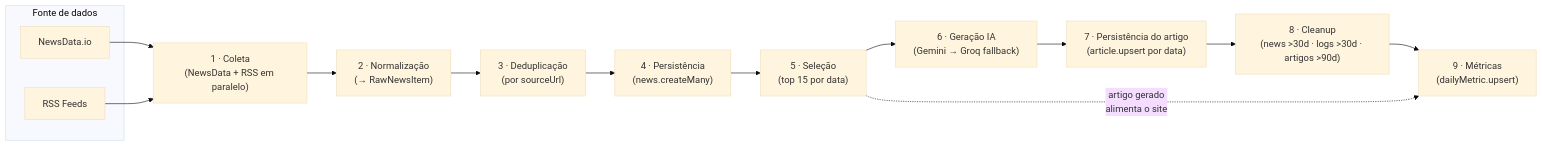
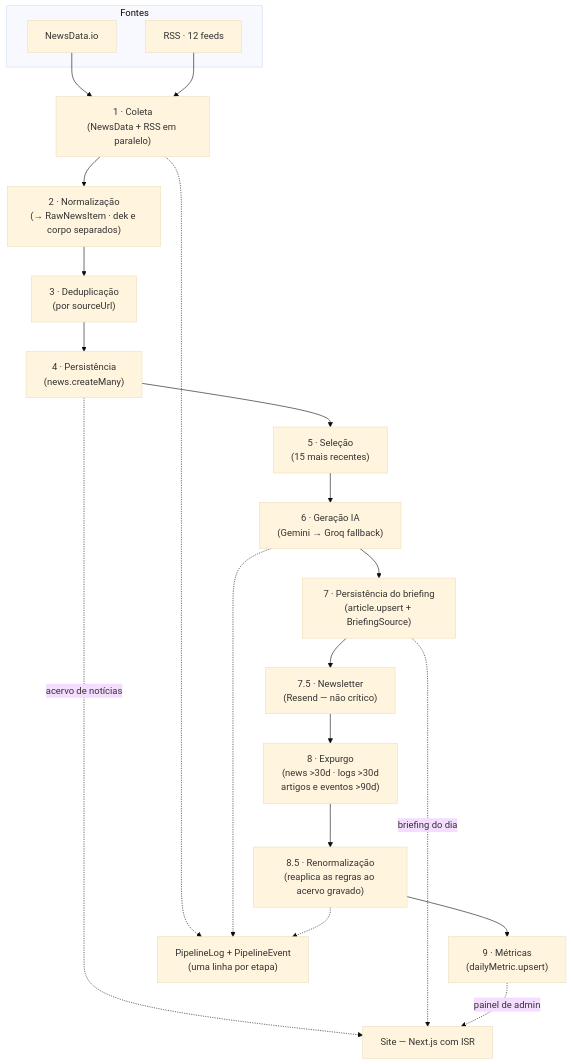
The diagram in docs/diagrams/data-flow.mermaid (tavinholoco/newra-news), drawn with Mermaid (base theme) before and after one commit. The commit also changed 12 other files, not shown here.

```diff
--- a/docs/diagrams/data-flow.mermaid
+++ b/docs/diagrams/data-flow.mermaid
@@ -1,22 +1,35 @@
-%% Fluxo de Dados Diário — Pipeline de Notícias (PRD §3.2)
-flowchart LR
-    subgraph Coleta["Fonte de dados"]
+%% Fluxo de Dados Diário — Pipeline de Notícias (Newra News)
+%% ---
+%% Atualizado em 01/09/2026. As 11 etapas do `pipeline.service.ts`, na ordem em
+%% que rodam, e o que cada uma deixa gravado.
+flowchart TB
+    subgraph Coleta["Fontes"]
         ND["NewsData.io"]
-        RSS["RSS Feeds"]
+        RSS["RSS · 12 feeds"]
     end
 
     S1["1 · Coleta<br/>(NewsData + RSS em paralelo)"]
-    S2["2 · Normalização<br/>(→ RawNewsItem)"]
+    S2["2 · Normalização<br/>(→ RawNewsItem · dek e corpo separados)"]
     S3["3 · Deduplicação<br/>(por sourceUrl)"]
     S4["4 · Persistência<br/>(news.createMany)"]
-    S5["5 · Seleção<br/>(top 15 por data)"]
+    S5["5 · Seleção<br/>(15 mais recentes)"]
     S6["6 · Geração IA<br/>(Gemini → Groq fallback)"]
-    S7["7 · Persistência do artigo<br/>(article.upsert por data)"]
-    S8["8 · Cleanup<br/>(news >30d · logs >30d · artigos >90d)"]
+    S7["7 · Persistência do briefing<br/>(article.upsert + BriefingSource)"]
+    S75["7.5 · Newsletter<br/>(Resend — não crítico)"]
+    S8["8 · Expurgo<br/>(news >30d · logs >30d<br/>artigos e eventos >90d)"]
+    S85["8.5 · Renormalização<br/>(reaplica as regras ao acervo gravado)"]
     S9["9 · Métricas<br/>(dailyMetric.upsert)"]
 
     ND --> S1
     RSS --> S1
-    S1 --> S2 --> S3 --> S4 --> S5 --> S6 --> S7 --> S8 --> S9
+    S1 --> S2 --> S3 --> S4 --> S5 --> S6 --> S7 --> S75 --> S8 --> S85 --> S9
 
-    S5 -.->|"artigo gerado<br/>alimenta o site"| S9
+    SITE["Site — Next.js com ISR"]
+    S4 -.->|"acervo de notícias"| SITE
+    S7 -.->|"briefing do dia"| SITE
+    S9 -.->|"painel de admin"| SITE
+
+    LOG["PipelineLog + PipelineEvent<br/>(uma linha por etapa)"]
+    S1 -.-> LOG
+    S6 -.-> LOG
+    S85 -.-> LOG
```
